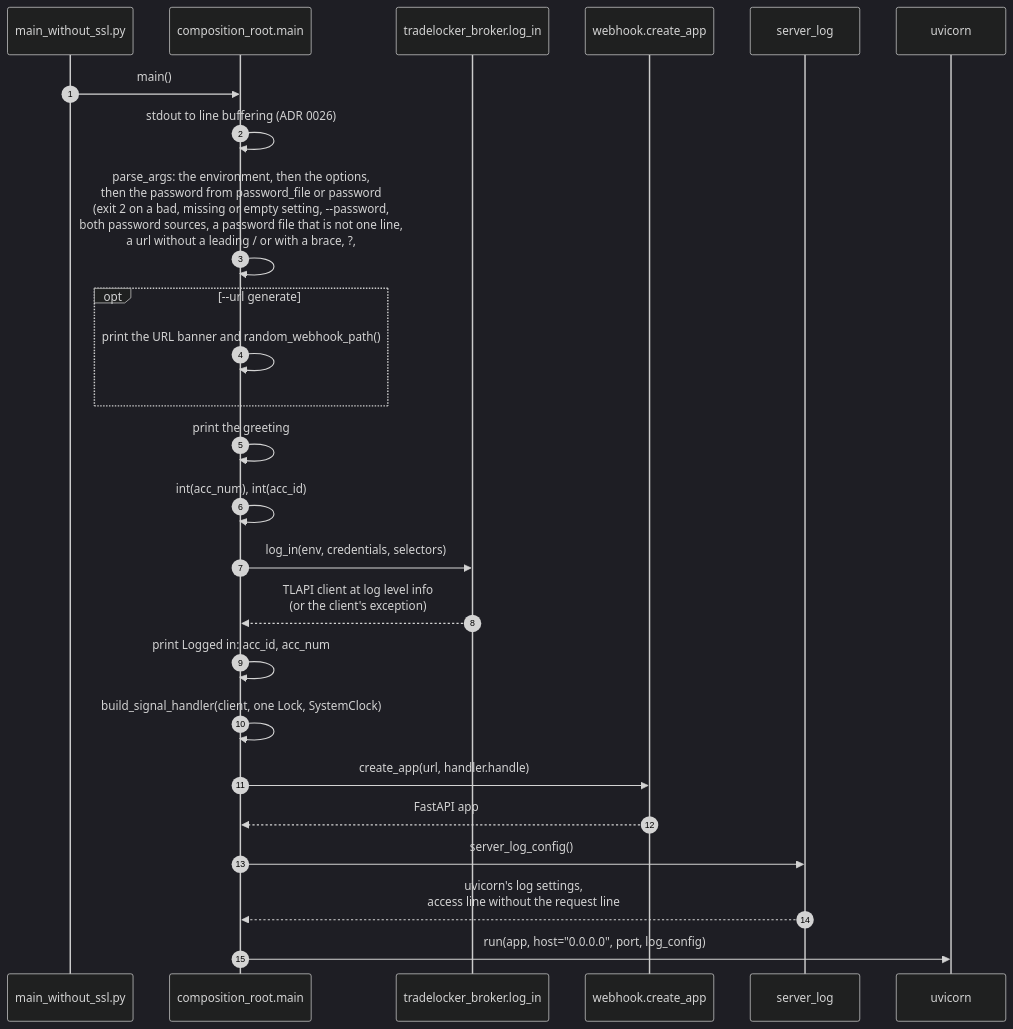
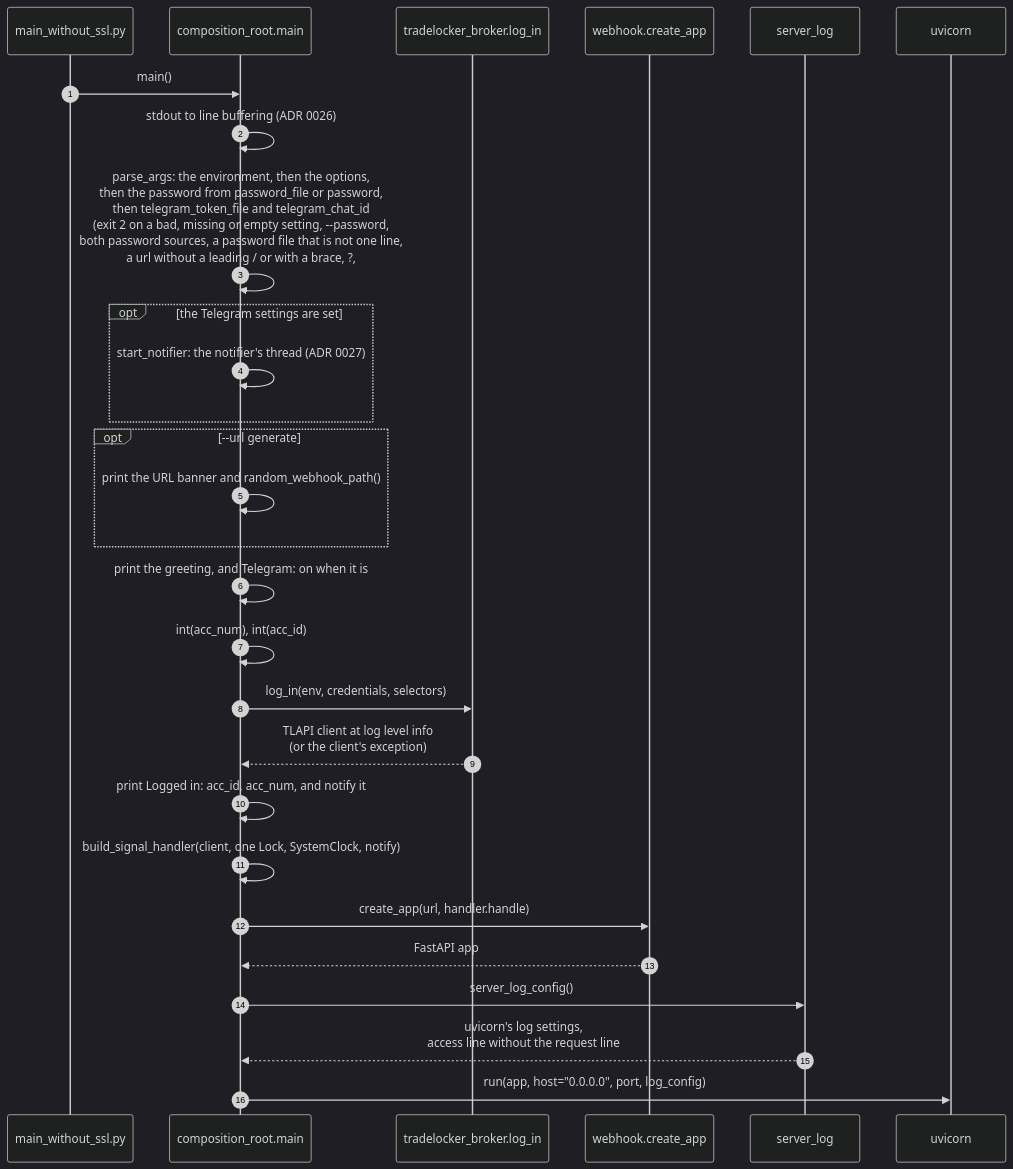
The second of 6 diagrams in docs/architecture.md (Akinzou/TradeLockerBot), drawn with Mermaid (dark theme) before and after one commit. The commit also changed other lines of this file and 6 other files, not shown here.

First line of the commit message:
docs: ADR 0027 and the docs for Telegram notifications (roadmap step 6o)

````diff
--- a/docs/architecture.md
+++ b/docs/architecture.md
@@ -100,27 +106,30 @@
 ```mermaid
 sequenceDiagram
     autonumber
     participant EP as main_without_ssl.py
     participant CR as composition_root.main
     participant TB as tradelocker_broker.log_in
     participant WH as webhook.create_app
     participant SL as server_log
     participant U as uvicorn
     EP->>CR: main()
     CR->>CR: stdout to line buffering (ADR 0026)
-    CR->>CR: parse_args: the environment, then the options,<br/>then the password from password_file or password<br/>(exit 2 on a bad, missing or empty setting, --password,<br/>both password sources, a password file that is not one line,<br/>a url without a leading / or with a brace, ?, # or %)
+    CR->>CR: parse_args: the environment, then the options,<br/>then the password from password_file or password,<br/>then telegram_token_file and telegram_chat_id<br/>(exit 2 on a bad, missing or empty setting, --password,<br/>both password sources, a password file that is not one line,<br/>a url without a leading / or with a brace, ?, # or %,<br/>one Telegram setting alone, a file with no bot token, a bad chat id)
+    opt the Telegram settings are set
+        CR->>CR: start_notifier: the notifier's thread (ADR 0027)
+    end
     opt --url generate
         CR->>CR: print the URL banner and random_webhook_path()
     end
-    CR->>CR: print the greeting
+    CR->>CR: print the greeting, and Telegram: on when it is
     CR->>CR: int(acc_num), int(acc_id)
     CR->>TB: log_in(env, credentials, selectors)
     TB-->>CR: TLAPI client at log level info<br/>(or the client's exception)
-    CR->>CR: print Logged in: acc_id, acc_num
-    CR->>CR: build_signal_handler(client, one Lock, SystemClock)
+    CR->>CR: print Logged in: acc_id, acc_num, and notify it
+    CR->>CR: build_signal_handler(client, one Lock, SystemClock, notify)
     CR->>WH: create_app(url, handler.handle)
     WH-->>CR: FastAPI app
     CR->>SL: server_log_config()
     SL-->>CR: uvicorn's log settings,<br/>access line without the request line
     CR->>U: run(app, host="0.0.0.0", port, log_config)
 ```
````
